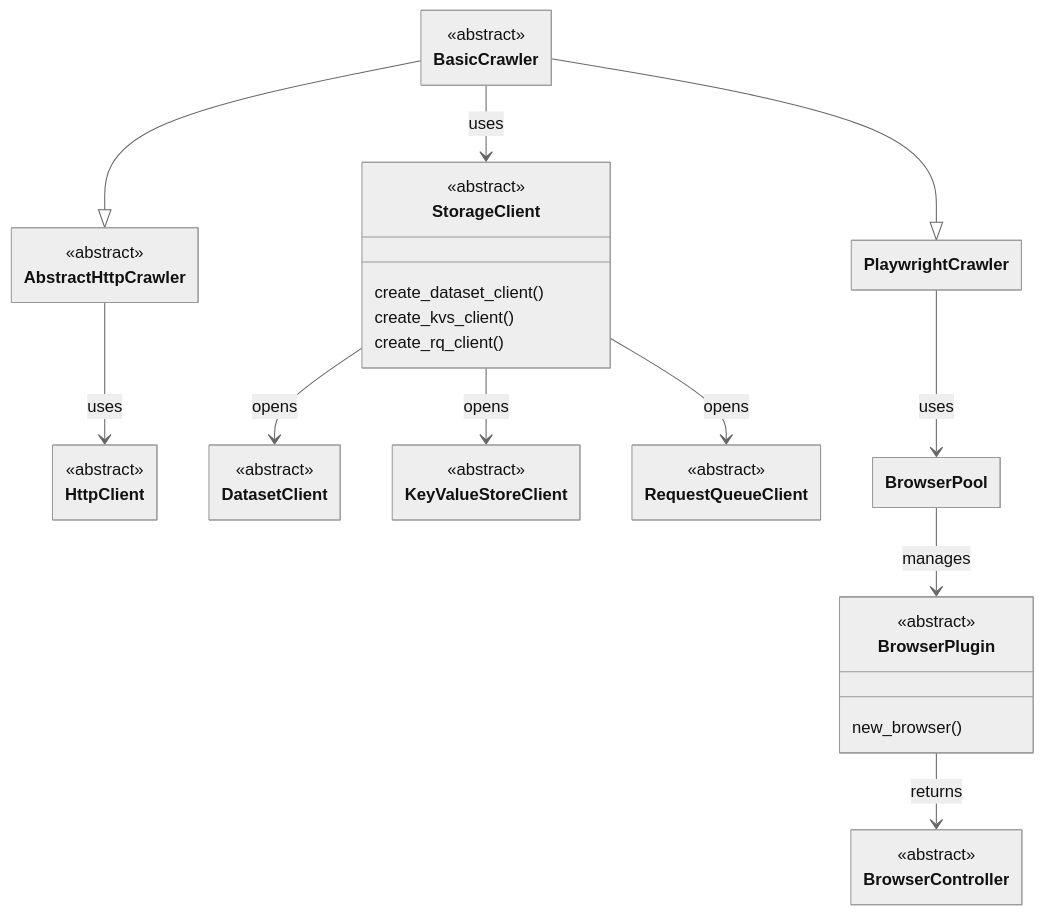
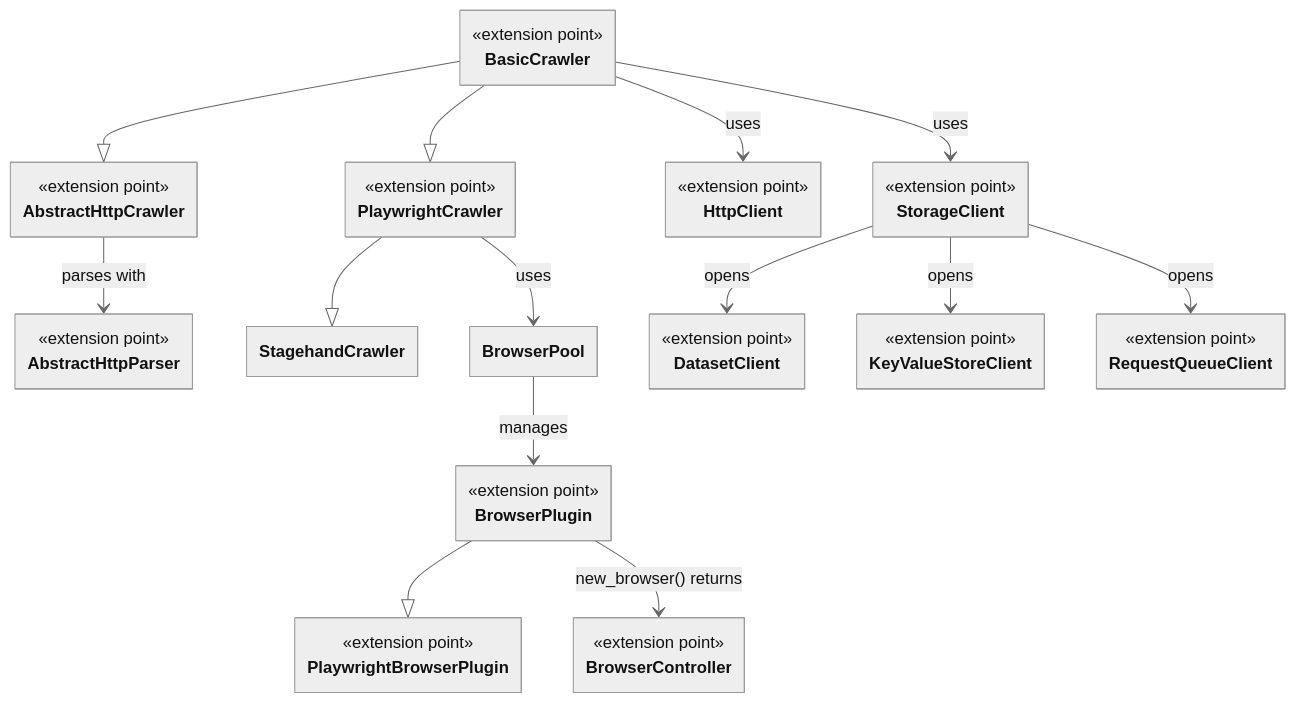
One commit to apify/crawlee-python changed the diagram in docs/guides/extending_crawlee.mdx. Above: the diagram before and after it, drawn with Mermaid (neutral theme). The commit also changed other lines of this file, not shown here.

Commit message:
docs: address extension guide review feedback

````diff
--- a/docs/guides/extending_crawlee.mdx
+++ b/docs/guides/extending_crawlee.mdx
@@ -17,64 +17,75 @@
 ```mermaid
 ---
 config:
     class:
         hideEmptyMembersBox: true
 ---
 
 classDiagram
 
 class BasicCrawler {
-    <<abstract>>
+    <<extension point>>
 }
 
 class AbstractHttpCrawler {
-    <<abstract>>
+    <<extension point>>
 }
 
-class PlaywrightCrawler
+class AbstractHttpParser {
+    <<extension point>>
+}
+
+class PlaywrightCrawler {
+    <<extension point>>
+}
+
+class StagehandCrawler
 
 class HttpClient {
-    <<abstract>>
+    <<extension point>>
 }
 
 class StorageClient {
-    <<abstract>>
-    create_dataset_client()
-    create_kvs_client()
-    create_rq_client()
+    <<extension point>>
 }
 
 class DatasetClient {
-    <<abstract>>
+    <<extension point>>
 }
 
 class KeyValueStoreClient {
-    <<abstract>>
+    <<extension point>>
 }
 
 class RequestQueueClient {
-    <<abstract>>
+    <<extension point>>
 }
 
 class BrowserPool
 
 class BrowserPlugin {
-    <<abstract>>
-    new_browser()
+    <<extension point>>
 }
 
 class BrowserController {
-    <<abstract>>
+    <<extension point>>
+}
+
+class PlaywrightBrowserPlugin {
+    <<extension point>>
 }
 
 BasicCrawler --|> AbstractHttpCrawler
 BasicCrawler --|> PlaywrightCrawler
-AbstractHttpCrawler --> HttpClient : uses
+AbstractHttpCrawler --> AbstractHttpParser : parses with
+PlaywrightCrawler --|> StagehandCrawler
+BasicCrawler --> HttpClient : uses
 BasicCrawler --> StorageClient : uses
 StorageClient --> DatasetClient : opens
 StorageClient --> KeyValueStoreClient : opens
 StorageClient --> RequestQueueClient : opens
 PlaywrightCrawler --> BrowserPool : uses
 BrowserPool --> BrowserPlugin : manages
-BrowserPlugin --> BrowserController : returns
+BrowserPlugin --|> PlaywrightBrowserPlugin
+BrowserPlugin --> BrowserController : new_browser() returns
 ```
````
